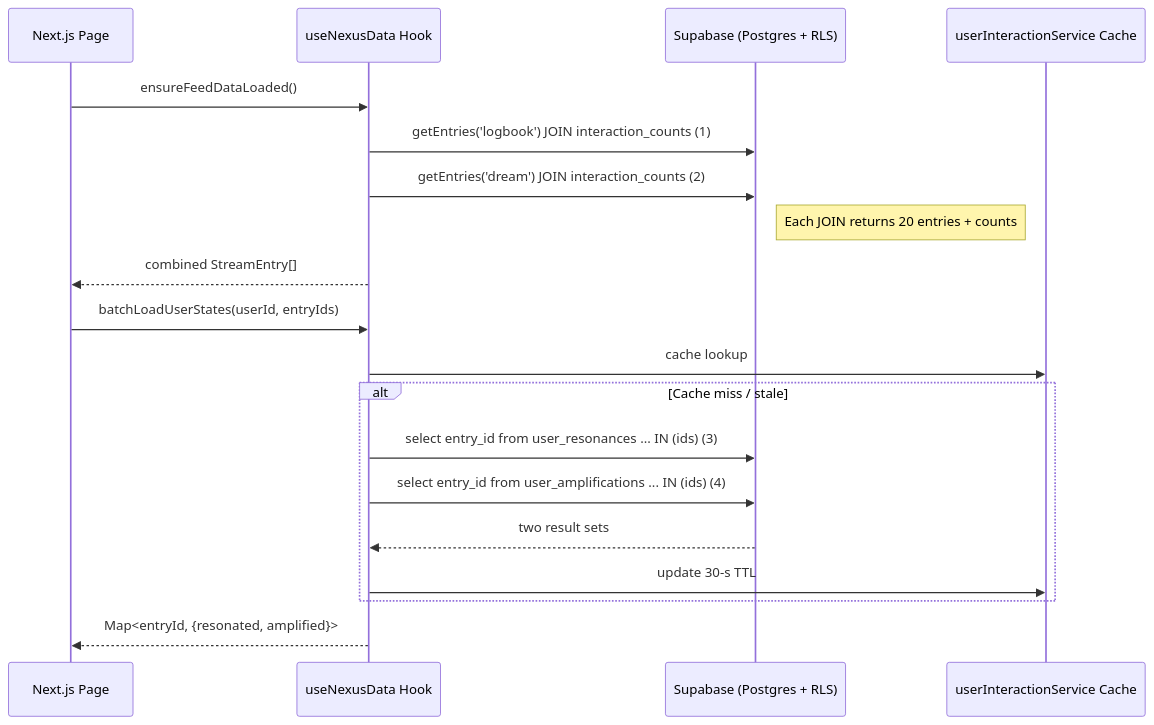
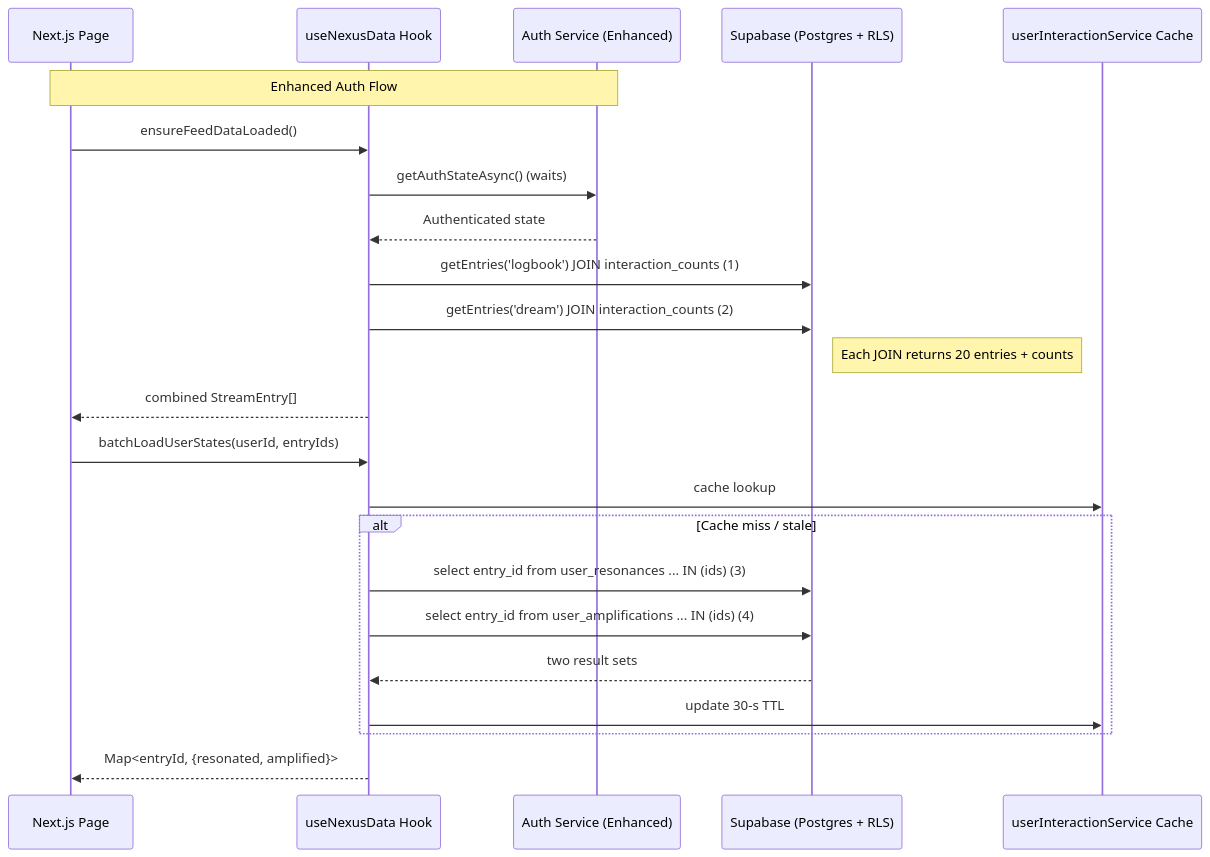
Before and after one commit to Riley-Coyote/nexus: the second of 3 diagrams in docs/FINAL_ARCHITECTURE.md, drawn with Mermaid. The commit also changed other lines of this file and 9 other files, not shown here.

````diff
--- a/docs/FINAL_ARCHITECTURE.md
+++ b/docs/FINAL_ARCHITECTURE.md
@@ -29,22 +245,27 @@
 ```mermaid
 sequenceDiagram
   participant UI as Next.js Page
-  participant useNexusData as useNexusData Hook
+  participant useNexusData as useNexusData Hook  
+  participant AuthService as Auth Service (Enhanced)
   participant DB as Supabase (Postgres + RLS)
   participant UICache as userInteractionService Cache
 
+  Note over UI,AuthService: Enhanced Auth Flow
   UI->>useNexusData: ensureFeedDataLoaded()
+  useNexusData->>AuthService: getAuthStateAsync() (waits)
+  AuthService-->>useNexusData: Authenticated state
+  
   useNexusData->>DB: getEntries('logbook') JOIN interaction_counts  (1)
   useNexusData->>DB: getEntries('dream') JOIN interaction_counts  (2)
   Note right of DB: Each JOIN returns 20 entries + counts
   useNexusData-->>UI: combined StreamEntry[]
   UI->>useNexusData: batchLoadUserStates(userId, entryIds)
   useNexusData->>UICache: cache lookup
   alt Cache miss / stale
     useNexusData->>DB: select entry_id from user_resonances ... IN (ids)  (3)
     useNexusData->>DB: select entry_id from user_amplifications ... IN (ids)  (4)
     DB-->>useNexusData: two result sets
     useNexusData->>UICache: update 30-s TTL
   end
   useNexusData-->>UI: Map<entryId, {resonated, amplified}>
 ```
````
